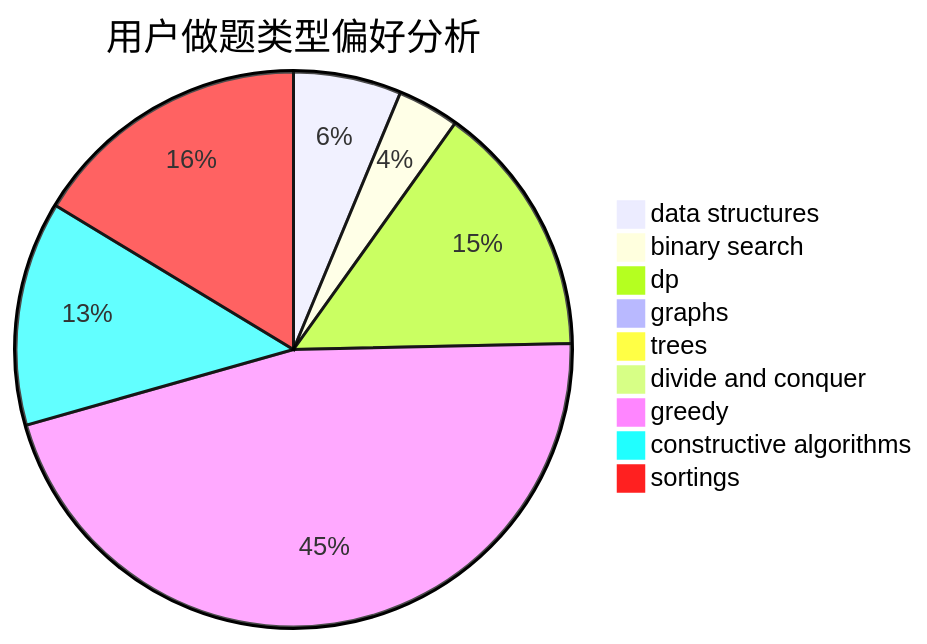
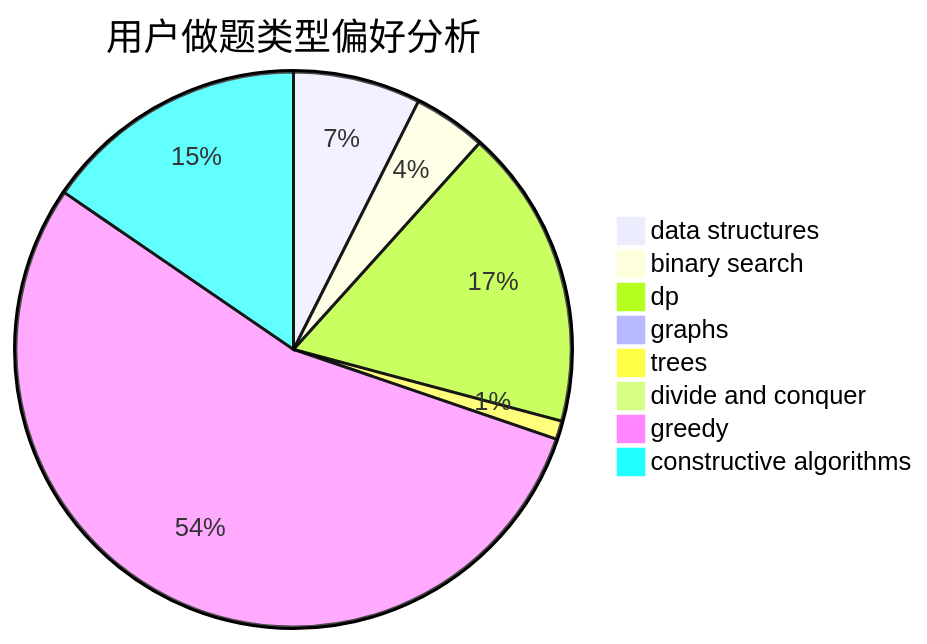
One commit to sherpahu/cfrs.github.io changed the second of 3 diagrams in docs/user/u123.md. Above: the diagram before and after it, drawn with Mermaid. The commit also changed other lines of this file and 2769 other files, not shown here.

````diff
--- a/docs/user/u123.md
+++ b/docs/user/u123.md
@@ -18,12 +18,11 @@
 ```mermaid
 pie title 用户做题类型偏好分析
     "data structures" :  138
     "binary search" :  79
     "dp" :  325
     "graphs" :  15
     "trees" :  20
     "divide and conquer" :  4
     "greedy" :  1010
     "constructive algorithms" :  287
-    "sortings" :  359
 ```
````
